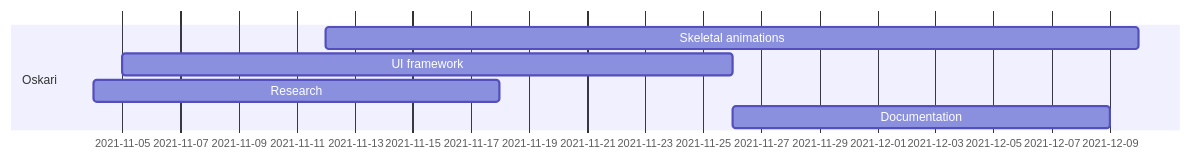
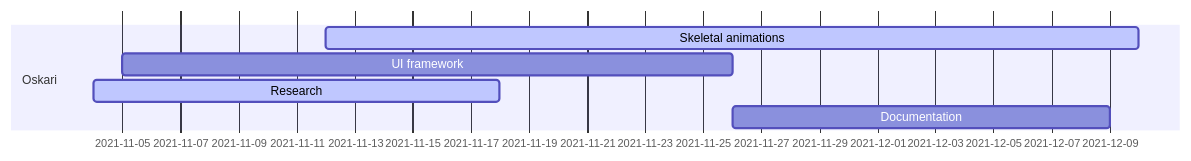
One commit to IlkkaTakala/Eril-Engine changed the seventh of 7 diagrams in docs/ProjectPlan.md. Above: the diagram before and after it, drawn with Mermaid. The commit also changed other lines of this file and 2 other files, not shown here.

Commit message:
Updated timelines and added readme

````diff
--- a/docs/ProjectPlan.md
+++ b/docs/ProjectPlan.md
@@ -121,11 +121,11 @@
 ```mermaid
 gantt
 dateFormat  DD-MM
 
 section Oskari
-Skeletal animations     :        odes1, 12-11, 10-12
+Skeletal animations     :active, odes1, 12-11, 10-12
 UI framework            :        odes2, 05-11, 26-11
-Research                :        odes3, 04-11, 18-11
+Research                :active, odes3, 04-11, 18-11
 Documentation           :        odes4, 26-11, 09-12
 
 ```
````
